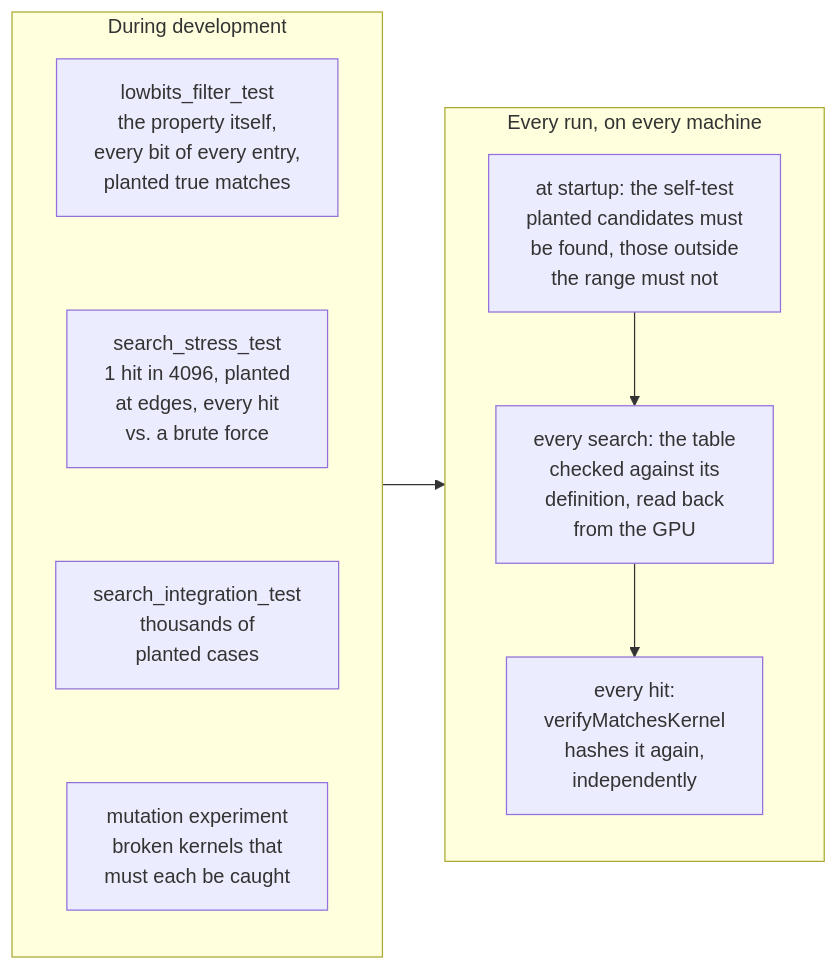
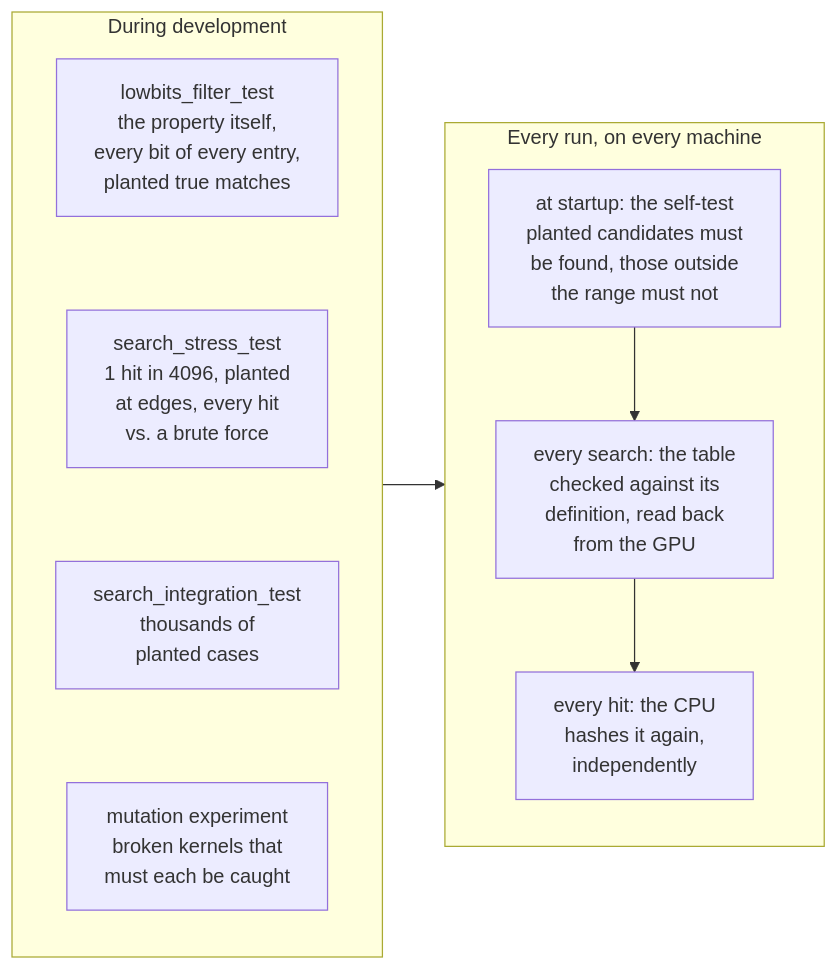
The third of 3 diagrams in client/README.md (sjoblomj/namebreak-bombe), drawn with Mermaid before and after one commit. The commit also changed other lines of this file and 11 other files, not shown here.

````diff
--- a/client/README.md
+++ b/client/README.md
@@ -636,19 +643,19 @@
 ```mermaid
 flowchart LR
     subgraph dev ["During development"]
         direction TB
         t1["lowbits_filter_test<br/>the property itself,<br/>every bit of every entry,<br/>planted true matches"]
         t2["search_stress_test<br/>1 hit in 4096, planted<br/>at edges, every hit<br/>vs. a brute force"]
         t3["search_integration_test<br/>thousands of<br/>planted cases"]
         t4["mutation experiment<br/>broken kernels that<br/>must each be caught"]
         t1 ~~~ t2 ~~~ t3 ~~~ t4
     end
     subgraph run ["Every run, on every machine"]
         direction TB
         s1["at startup: the self-test<br/>planted candidates must<br/>be found, those outside<br/>the range must not"]
         s2["every search: the table<br/>checked against its<br/>definition, read back<br/>from the GPU"]
-        s3["every hit:<br/>verifyMatchesKernel<br/>hashes it again,<br/>independently"]
+        s3["every hit: the CPU<br/>hashes it again,<br/>independently"]
         s1 --> s2 --> s3
     end
     dev --> run
 ```
````
